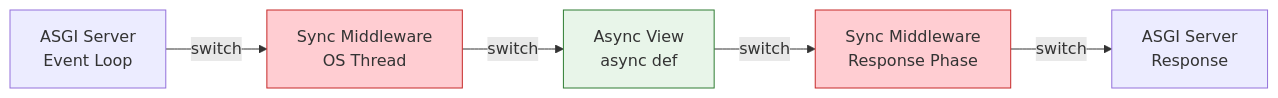
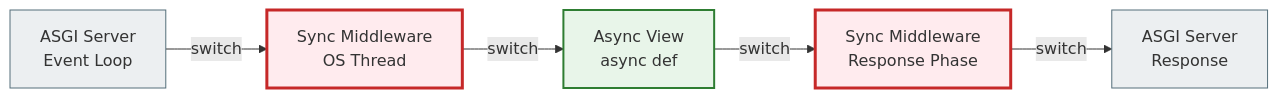
One commit to NikoriakViktot/notes_chat_app changed the third of 3 diagrams in docs/09_async_and_realtime/async_04_django_async_views_full.md. Above: the diagram before and after it, drawn with Mermaid. The commit also changed other lines of this file and 441 other files, not shown here.

First line of the commit message:
Add English version of the book, Mermaid standard, docs fixes

````diff
--- a/docs/09_async_and_realtime/async_04_django_async_views_full.md
+++ b/docs/09_async_and_realtime/async_04_django_async_views_full.md
@@ -107,11 +113,14 @@
 ```mermaid
 graph LR
-    A[ASGI Server\nEvent Loop] -->|switch| B[Sync Middleware\nOS Thread]
-    B -->|switch| C[Async View\nasync def]
-    C -->|switch| D[Sync Middleware\nResponse Phase]
-    D -->|switch| E[ASGI Server\nResponse]
+    A["ASGI Server<br>Event Loop"] -->|switch| B["Sync Middleware<br>OS Thread"]
+    B -->|switch| C["Async View<br>async def"]
+    C -->|switch| D["Sync Middleware<br>Response Phase"]
+    D -->|switch| E["ASGI Server<br>Response"]
 
-    style B fill:#ffcdd2,stroke:#c62828
-    style D fill:#ffcdd2,stroke:#c62828
-    style C fill:#e8f5e9,stroke:#2e7d32
+    classDef step     fill:#eceff1,stroke:#546e7a,stroke-width:1px;
+    classDef success  fill:#e8f5e9,stroke:#2e7d32,stroke-width:2px;
+    classDef error    fill:#ffebee,stroke:#c62828,stroke-width:3px;
+    class A,E step;
+    class C success;
+    class B,D error;
 ```
````
